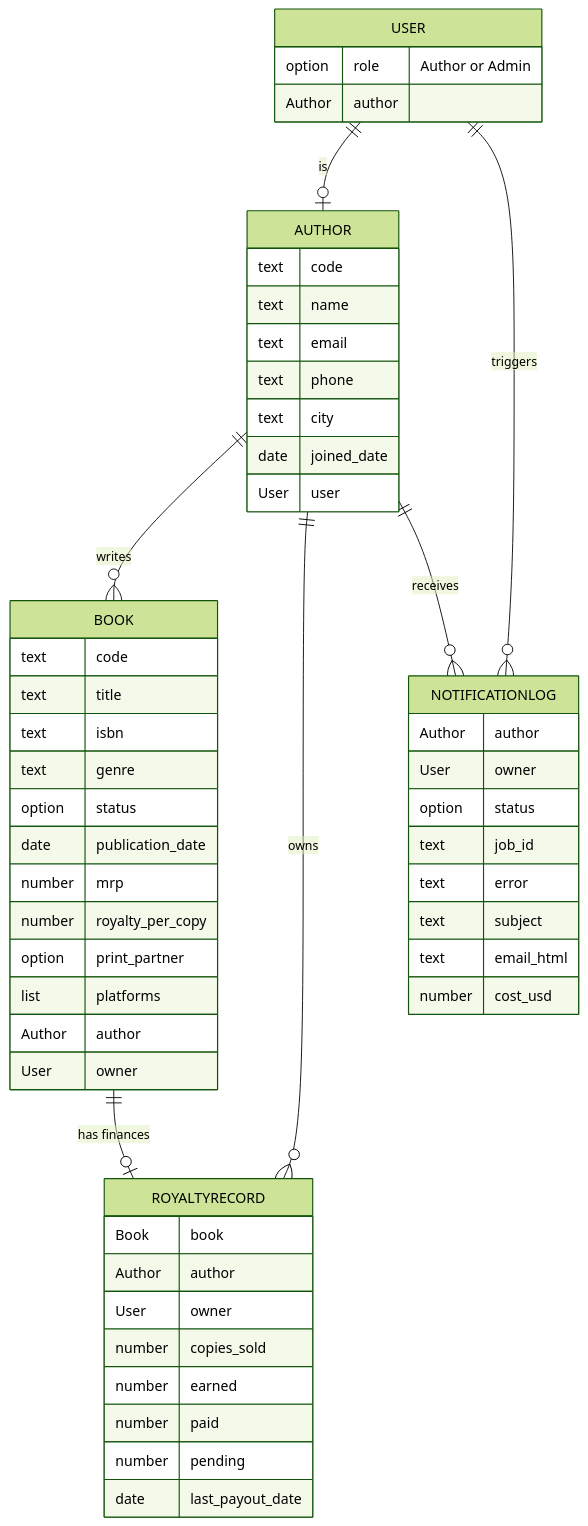
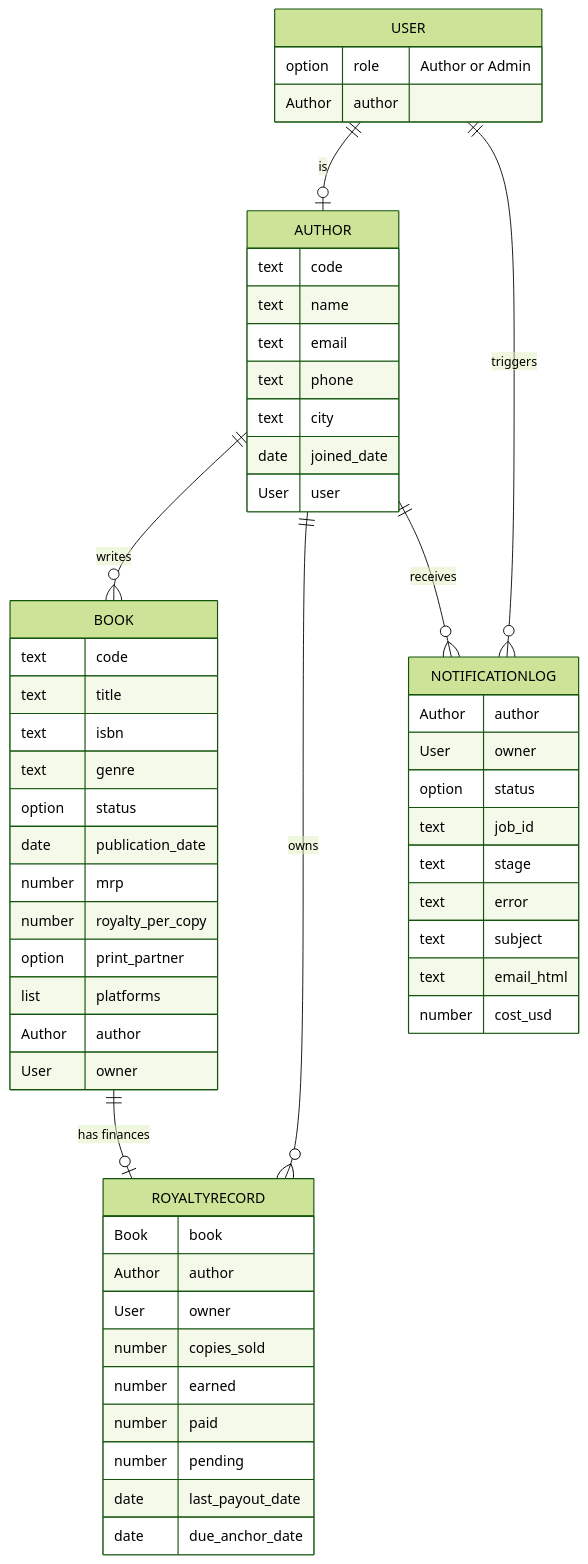
One commit to akshykmratloop/bookleaf-royalty-automation changed the diagram in docs/schema.md. Above: the diagram before and after it, drawn with Mermaid (forest theme). The commit also changed other lines of this file and 6 other files, not shown here.

First line of the commit message:
docs(docs): pull-only design, current schema, prompt excerpt, measured cost, honest learning log

````diff
--- a/docs/schema.md
+++ b/docs/schema.md
@@ -10,56 +11,58 @@
 ```mermaid
 erDiagram
   USER ||--o| AUTHOR : "is"
   AUTHOR ||--o{ BOOK : writes
   BOOK ||--o| ROYALTYRECORD : "has finances"
   AUTHOR ||--o{ ROYALTYRECORD : owns
   AUTHOR ||--o{ NOTIFICATIONLOG : receives
   USER ||--o{ NOTIFICATIONLOG : triggers
   USER {
     option role "Author or Admin"
     Author author
   }
   AUTHOR {
     text code
     text name
     text email
     text phone
     text city
     date joined_date
     User user
   }
   BOOK {
     text code
     text title
     text isbn
     text genre
     option status
     date publication_date
     number mrp
     number royalty_per_copy
     option print_partner
     list platforms
     Author author
     User owner
   }
   ROYALTYRECORD {
     Book book
     Author author
     User owner
     number copies_sold
     number earned
     number paid
     number pending
     date last_payout_date
+    date due_anchor_date
   }
   NOTIFICATIONLOG {
     Author author
     User owner
     option status
     text job_id
+    text stage
     text error
     text subject
     text email_html
     number cost_usd
   }
 ```
````
